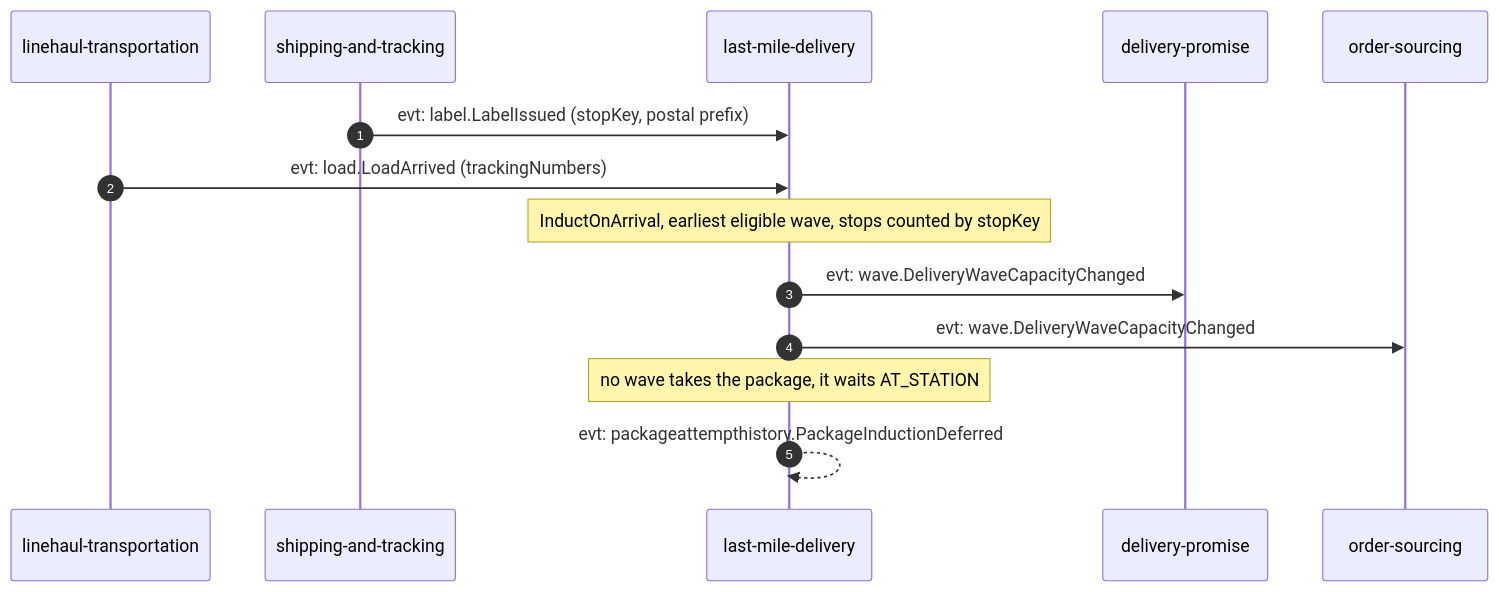
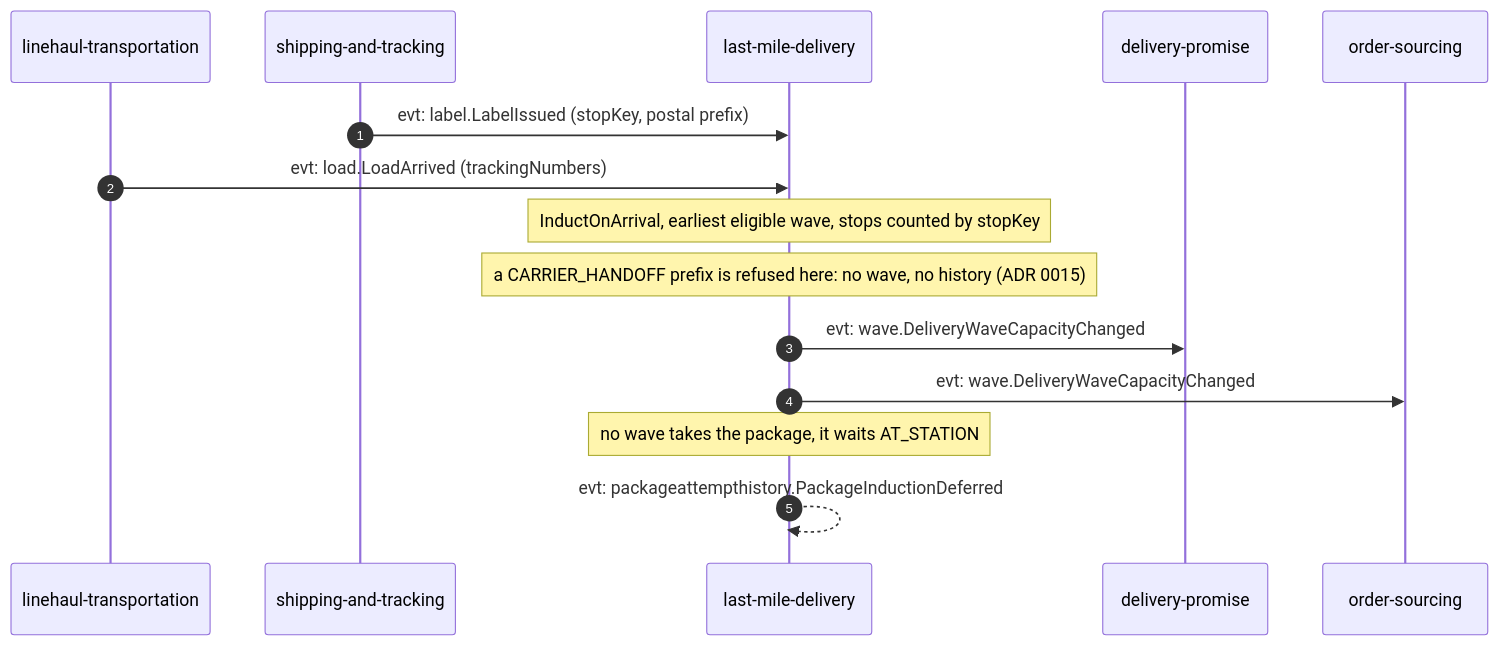
Before and after one commit to IQVO/last-mile-delivery: the second of 4 diagrams in docs/docs/ddd/domain-message-flow.md, drawn with Mermaid. The commit also changed 3 other files, not shown here.

First line of the commit message:
docs: carrier-area exclusion across the ddd and ecosystem pages (ADR 0015)

````diff
--- a/docs/docs/ddd/domain-message-flow.md
+++ b/docs/docs/ddd/domain-message-flow.md
@@ -38,16 +38,17 @@
 ```mermaid
 sequenceDiagram
     autonumber
     participant LH as linehaul-transportation
     participant ST as shipping-and-tracking
     participant LM as last-mile-delivery
     participant DP as delivery-promise
     participant OS as order-sourcing
     ST->>LM: evt: label.LabelIssued (stopKey, postal prefix)
     LH->>LM: evt: load.LoadArrived (trackingNumbers)
     Note over LM: InductOnArrival, earliest eligible wave, stops counted by stopKey
+    Note over LM: a CARRIER_HANDOFF prefix is refused here: no wave, no history (ADR 0015)
     LM->>DP: evt: wave.DeliveryWaveCapacityChanged
     LM->>OS: evt: wave.DeliveryWaveCapacityChanged
     Note over LM: no wave takes the package, it waits AT_STATION
     LM-->>LM: evt: packageattempthistory.PackageInductionDeferred
 ```
````
